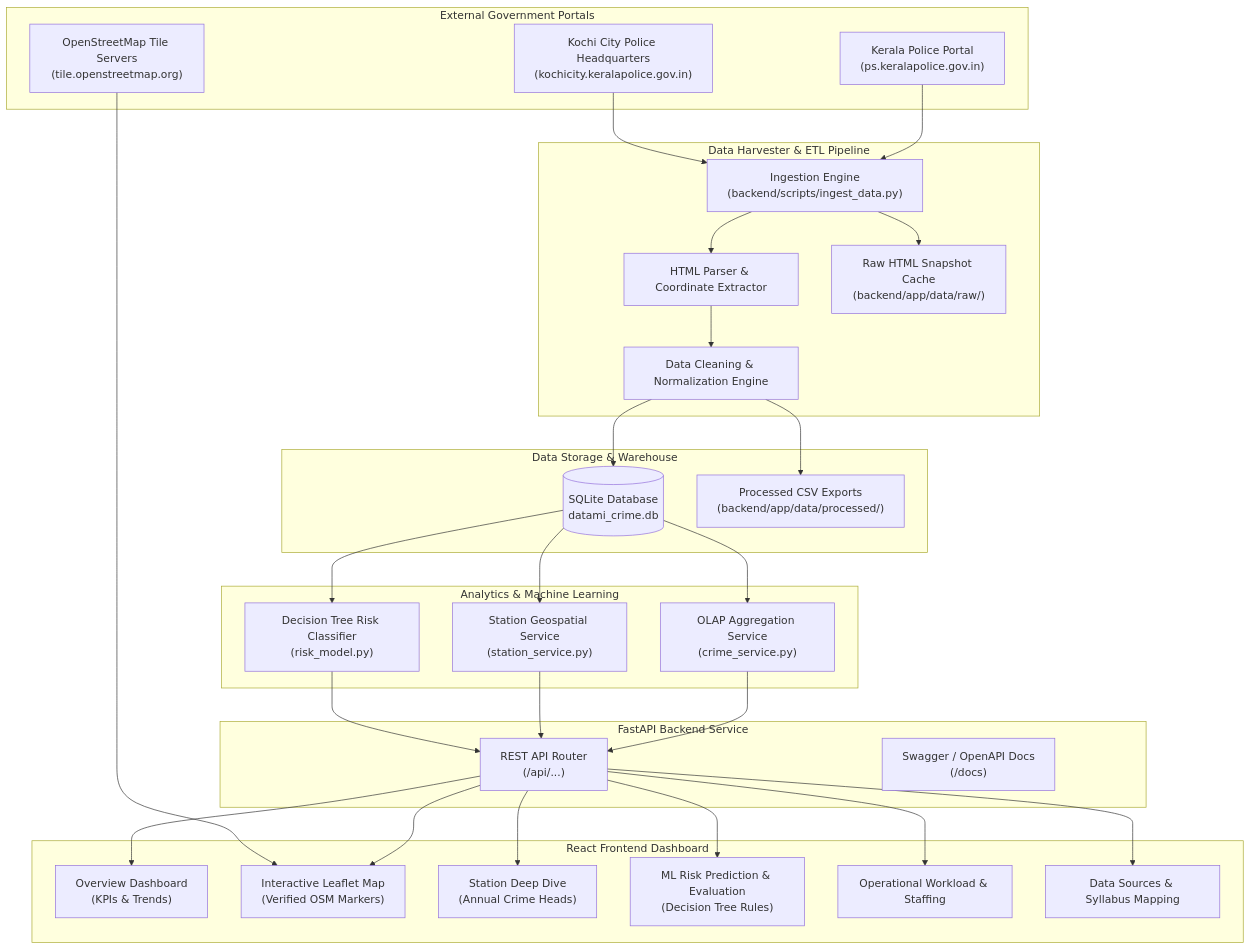
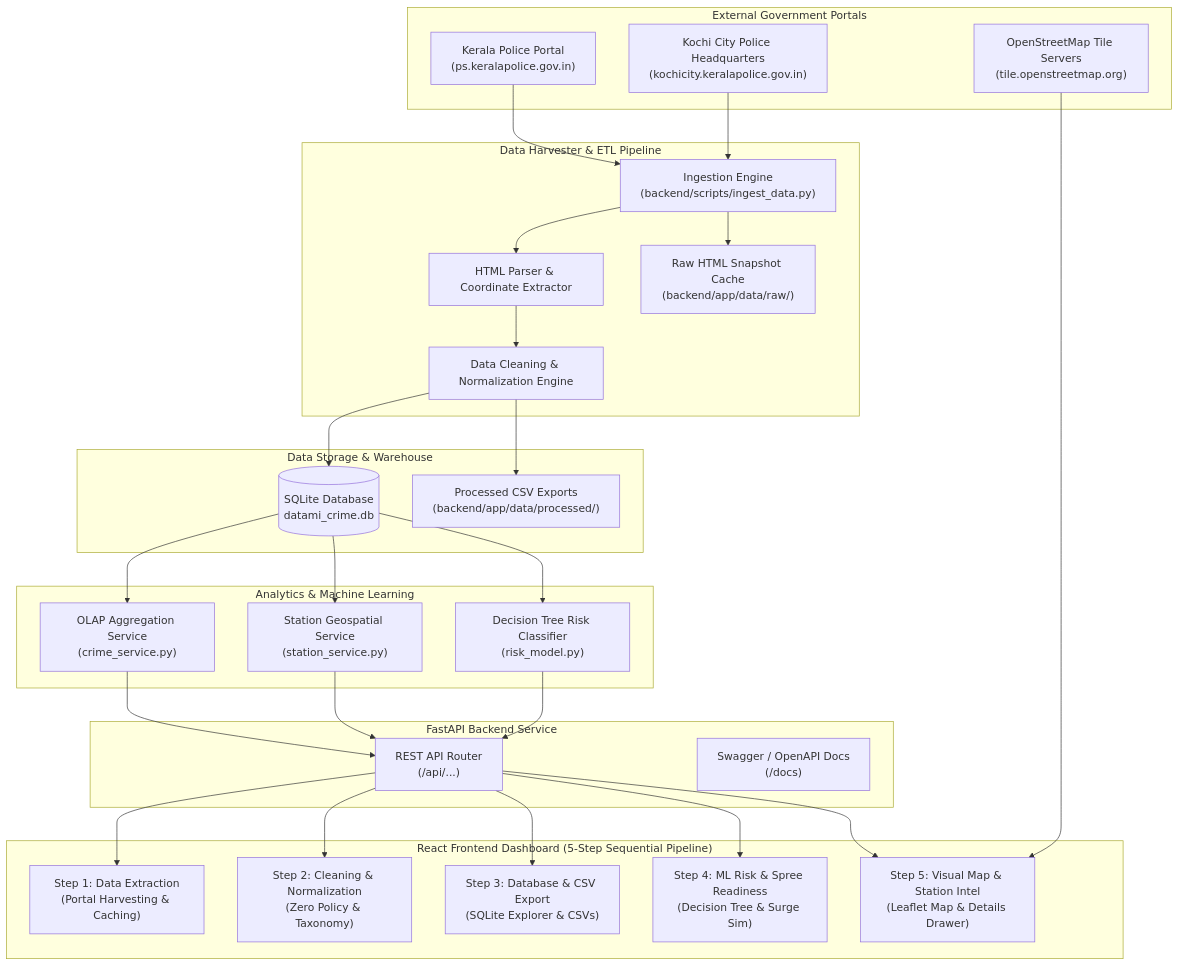
The diagram in docs/ARCHITECTURE.md (JVN321/DATAMI), drawn with Mermaid before and after one commit. The commit also changed other lines of this file and 12 other files, not shown here.

Commit message:
feat: implement step 4 machine learning decision tree risk and crime spree readiness simulator dashboard

````diff
--- a/docs/ARCHITECTURE.md
+++ b/docs/ARCHITECTURE.md
@@ -24,60 +24,58 @@
 ```mermaid
 graph TD
     subgraph "External Government Portals"
         A1["Kerala Police Portal<br>(ps.keralapolice.gov.in)"]
         A2["Kochi City Police Headquarters<br>(kochicity.keralapolice.gov.in)"]
         A3["OpenStreetMap Tile Servers<br>(tile.openstreetmap.org)"]
     end
 
     subgraph "Data Harvester & ETL Pipeline"
         B1["Ingestion Engine<br>(backend/scripts/ingest_data.py)"]
         B2["HTML Parser & Coordinate Extractor"]
         B3["Data Cleaning & Normalization Engine"]
         B4["Raw HTML Snapshot Cache<br>(backend/app/data/raw/)"]
     end
 
     subgraph "Data Storage & Warehouse"
         C1[("SQLite Database<br>datami_crime.db")]
         C2["Processed CSV Exports<br>(backend/app/data/processed/)"]
     end
 
     subgraph "Analytics & Machine Learning"
         D1["OLAP Aggregation Service<br>(crime_service.py)"]
         D2["Station Geospatial Service<br>(station_service.py)"]
         D3["Decision Tree Risk Classifier<br>(risk_model.py)"]
     end
 
     subgraph "FastAPI Backend Service"
         E1["REST API Router<br>(/api/...)"]
         E2["Swagger / OpenAPI Docs<br>(/docs)"]
     end
 
-    subgraph "React Frontend Dashboard"
-        F1["Overview Dashboard<br>(KPIs & Trends)"]
-        F2["Interactive Leaflet Map<br>(Verified OSM Markers)"]
-        F3["Station Deep Dive<br>(Annual Crime Heads)"]
-        F4["ML Risk Prediction & Evaluation<br>(Decision Tree Rules)"]
-        F5["Operational Workload & Staffing"]
-        F6["Data Sources & Syllabus Mapping"]
+    subgraph "React Frontend Dashboard (5-Step Sequential Pipeline)"
+        F1["Step 1: Data Extraction<br>(Portal Harvesting & Caching)"]
+        F2["Step 2: Cleaning & Normalization<br>(Zero Policy & Taxonomy)"]
+        F3["Step 3: Database & CSV Export<br>(SQLite Explorer & CSVs)"]
+        F4["Step 4: ML Risk & Spree Readiness<br>(Decision Tree & Surge Sim)"]
+        F5["Step 5: Visual Map & Station Intel<br>(Leaflet Map & Details Drawer)"]
     end
 
     A1 --> B1
     A2 --> B1
     B1 --> B2 --> B3
     B1 --> B4
     B3 --> C1
     B3 --> C2
     C1 --> D1
     C1 --> D2
     C1 --> D3
     D1 --> E1
     D2 --> E1
     D3 --> E1
     E1 --> F1
     E1 --> F2
     E1 --> F3
     E1 --> F4
     E1 --> F5
-    E1 --> F6
-    A3 --> F2
+    A3 --> F5
 ```
````
